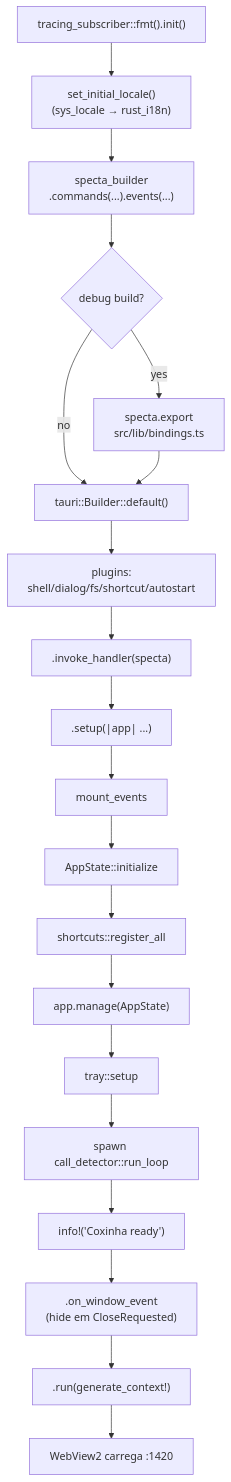
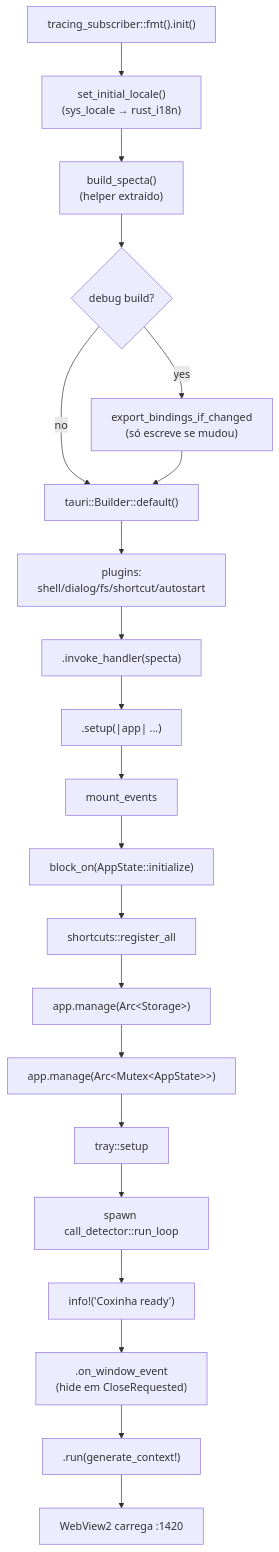
One commit to r-camara/coxinha changed the second of 4 diagrams in docs/architecture/debugged-helper.md. Above: the diagram before and after it, drawn with Mermaid. The commit also changed other lines of this file, not shown here.

First line of the commit message:
docs(architecture): atualiza debugged-helper apos merge das 7 modernizacoes

````diff
--- a/docs/architecture/debugged-helper.md
+++ b/docs/architecture/debugged-helper.md
@@ -71,22 +76,23 @@
 ```mermaid
 flowchart TD
     A["tracing_subscriber::fmt().init()"] --> B["set_initial_locale()<br/>(sys_locale → rust_i18n)"]
-    B --> C["specta_builder<br/>.commands(...).events(...)"]
+    B --> C["build_specta()<br/>(helper extraído)"]
     C --> D{"debug build?"}
-    D -- yes --> E["specta.export<br/>src/lib/bindings.ts"]
+    D -- yes --> E["export_bindings_if_changed<br/>(só escreve se mudou)"]
     D -- no --> F["tauri::Builder::default()"]
     E --> F
     F --> G["plugins:<br/>shell/dialog/fs/shortcut/autostart"]
     G --> H[".invoke_handler(specta)"]
     H --> I[".setup(|app| ...)"]
     I --> J["mount_events"]
-    J --> K["AppState::initialize"]
+    J --> K["block_on(AppState::initialize)"]
     K --> L["shortcuts::register_all"]
-    L --> M["app.manage(AppState)"]
-    M --> N["tray::setup"]
+    L --> M1["app.manage(Arc&lt;Storage&gt;)"]
+    M1 --> M2["app.manage(Arc&lt;Mutex&lt;AppState&gt;&gt;)"]
+    M2 --> N["tray::setup"]
     N --> O["spawn call_detector::run_loop"]
     O --> P["info!('Coxinha ready')"]
     P --> Q[".on_window_event<br/>(hide em CloseRequested)"]
     Q --> R[".run(generate_context!)"]
     R --> S["WebView2 carrega :1420"]
 ```
````
